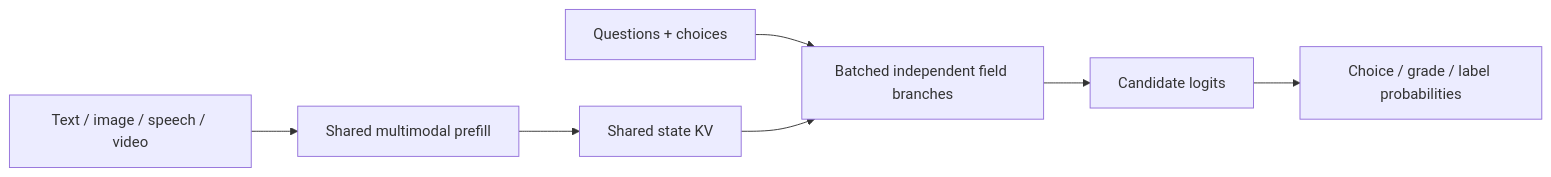
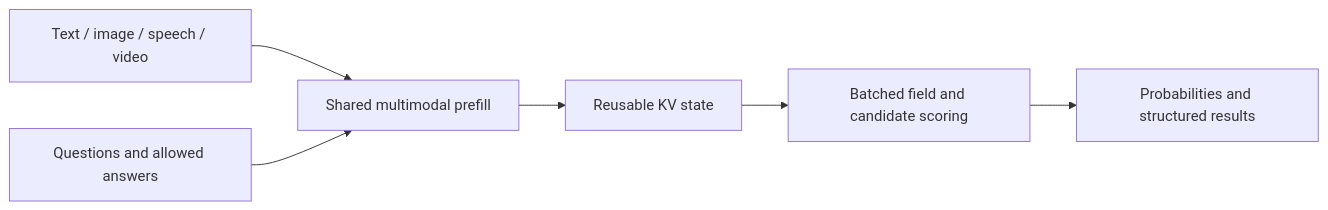
The diagram in README.md (Larkooo/gemma-e2b-rlcd), drawn with Mermaid before and after one commit. The commit also changed other lines of this file and 63 other files, not shown here.

````diff
--- a/README.md
+++ b/README.md
@@ -78,9 +38,8 @@
 ```mermaid
 flowchart LR
     A[Text / image / speech / video] --> B[Shared multimodal prefill]
-    B --> C[Shared state KV]
-    Q[Questions + choices] --> D[Batched independent field branches]
-    C --> D
-    D --> E[Candidate logits]
-    E --> F[Choice / grade / label probabilities]
+    Q[Questions and allowed answers] --> B
+    B --> C[Reusable KV state]
+    C --> D[Batched field and candidate scoring]
+    D --> E[Probabilities and structured results]
 ```
````
